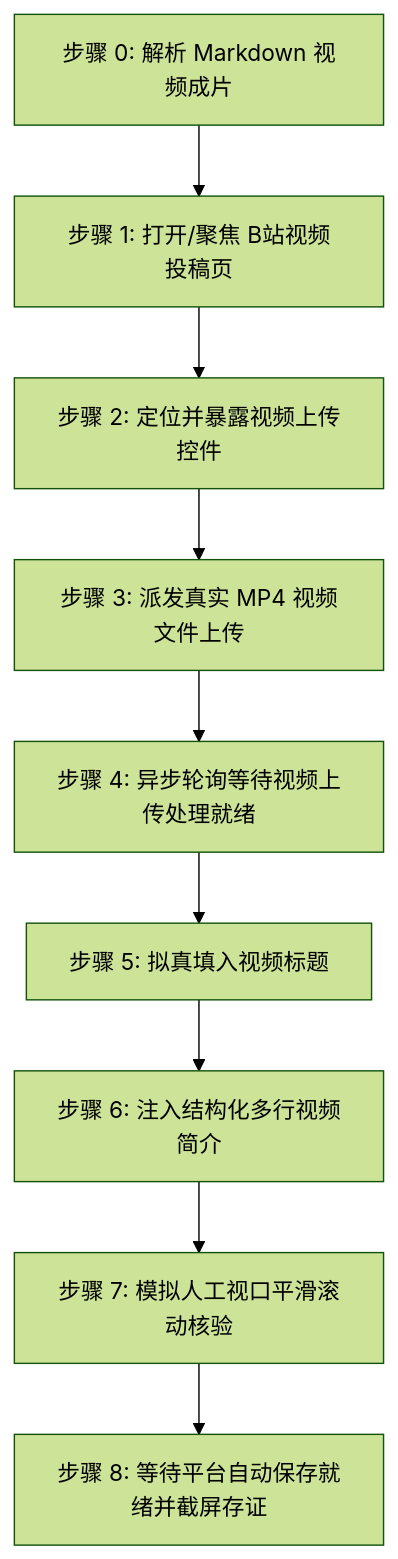
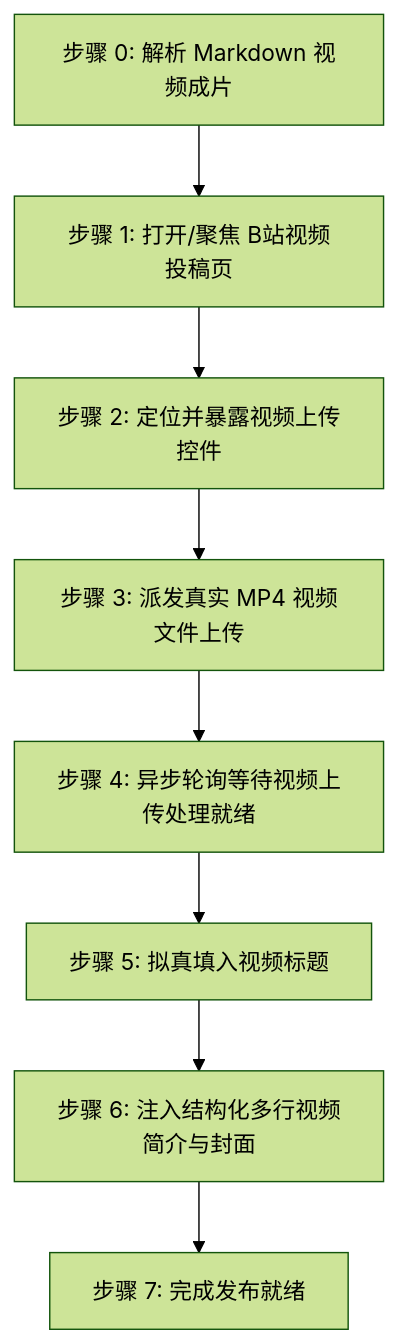
One commit to undsky/doudou-publish-skills changed the second of 2 diagrams in skills/doudou-bilibili/SKILL.md. Above: the diagram before and after it, drawn with Mermaid (forest theme). The commit also changed other lines of this file and 57 other files, not shown here.

````diff
--- a/skills/doudou-bilibili/SKILL.md
+++ b/skills/doudou-bilibili/SKILL.md
@@ -166,11 +66,10 @@
 ```mermaid
 flowchart TD
     V0[步骤 0: 解析 Markdown 视频成片] --> V1[步骤 1: 打开/聚焦 B站视频投稿页]
     V1 --> V2[步骤 2: 定位并暴露视频上传控件]
     V2 --> V3[步骤 3: 派发真实 MP4 视频文件上传]
     V3 --> V4[步骤 4: 异步轮询等待视频上传处理就绪]
     V4 --> V5[步骤 5: 拟真填入视频标题]
-    V5 --> V6[步骤 6: 注入结构化多行视频简介]
-    V6 --> V7[步骤 7: 模拟人工视口平滑滚动核验]
-    V7 --> V8[步骤 8: 等待平台自动保存就绪并截屏存证]
+    V5 --> V6[步骤 6: 注入结构化多行视频简介与封面]
+    V6 --> V7[步骤 7: 完成发布就绪]
 ```
````
